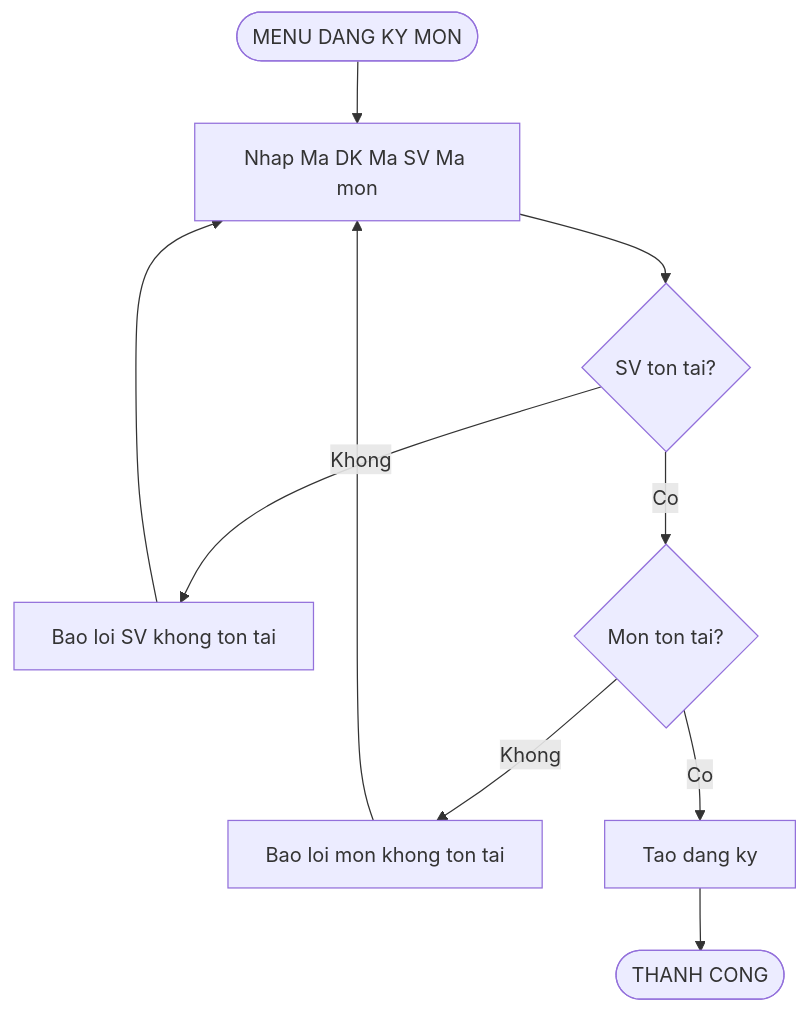
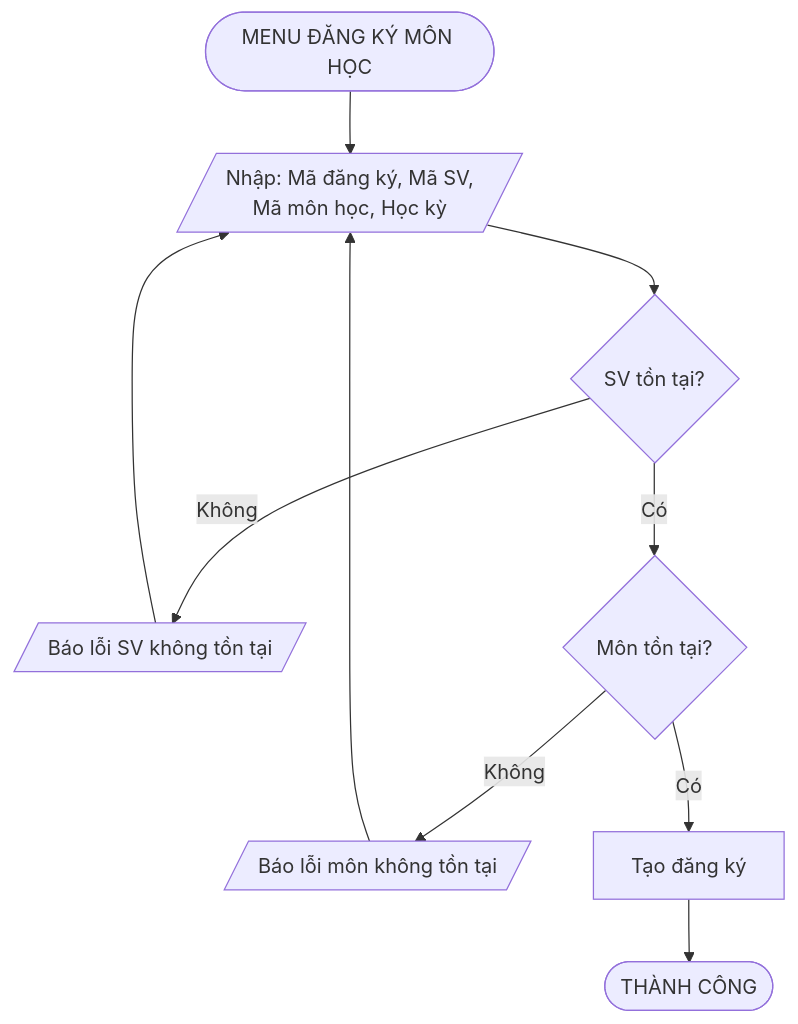
One commit to phucphuc2006/pro-192 changed diagram 14 of 20 in docs/Flowcharts/Flowcharts.md. Above: the diagram before and after it, drawn with Mermaid. The commit also changed other lines of this file, not shown here.

Commit message:
Restore original Mermaid flowcharts

````diff
--- a/docs/Flowcharts/Flowcharts.md
+++ b/docs/Flowcharts/Flowcharts.md
@@ -215,12 +246,12 @@
 ```mermaid
 flowchart TD
-    A(["MENU DANG KY MON"]) --> B["Nhap Ma DK Ma SV Ma mon"]
-    B --> C{"SV ton tai?"}
-    C -->|Khong| D["Bao loi SV khong ton tai"]
+    A([MENU ĐĂNG KÝ MÔN HỌC]) --> B[/Nhập: Mã đăng ký, Mã SV,<br/>Mã môn học, Học kỳ/]
+    B --> C{SV tồn tại?}
+    C -->|Không| D[/Báo lỗi SV không tồn tại/]
     D --> B
-    C -->|Co| E{"Mon ton tai?"}
-    E -->|Khong| F["Bao loi mon khong ton tai"]
+    C -->|Có| E{Môn tồn tại?}
+    E -->|Không| F[/Báo lỗi môn không tồn tại/]
     F --> B
-    E -->|Co| G["Tao dang ky"]
-    G --> H(["THANH CONG"])
+    E -->|Có| G[Tạo đăng ký]
+    G --> H([THÀNH CÔNG])
 ```
````
